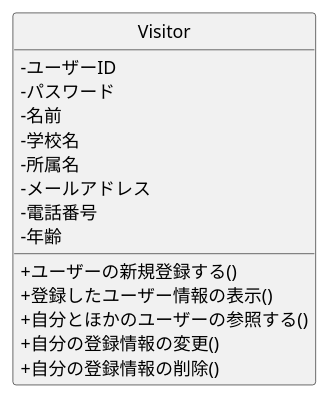
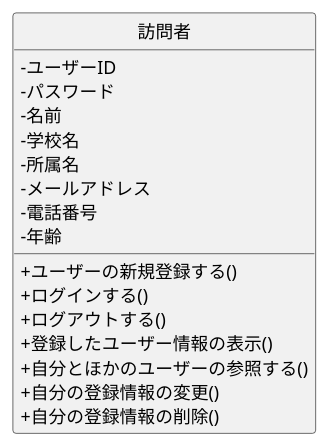
The diagram in group/class.pu (okazaki278/ohara_uml), drawn with PlantUML before and after one commit. The commit also changed 3 other files, not shown here.

```diff
--- a/group/class.pu
+++ b/group/class.pu
@@ -1,22 +1,24 @@
 @startuml Robodogクラス図
 skinparam classAttributeIconSize 0
 hide circle
 
-class Visitor {
+class 訪問者 {
  -ユーザーID
  -パスワード
  -名前
  -学校名
  -所属名
  -メールアドレス
  -電話番号
  -年齢
 
  +ユーザーの新規登録する()
+ +ログインする()
+ +ログアウトする()
  +登録したユーザー情報の表示()
  +自分とほかのユーザーの参照する()
  +自分の登録情報の変更()
  +自分の登録情報の削除()
 }
 
 @enduml
```
